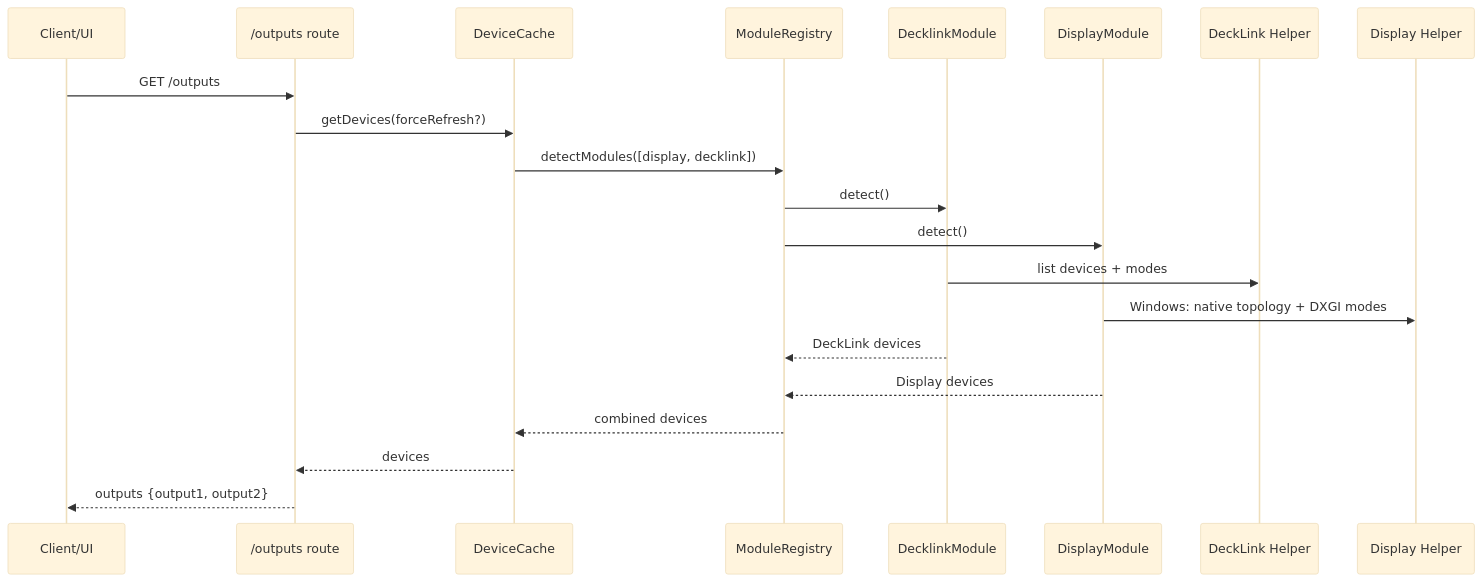
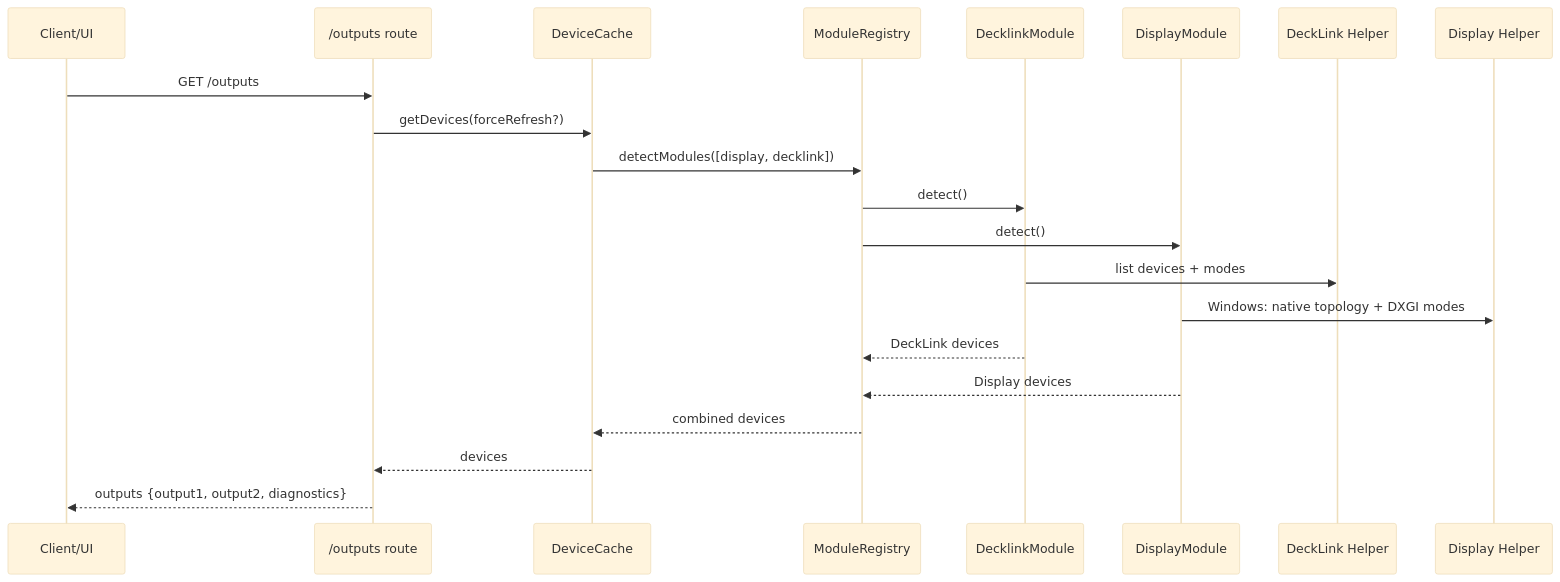
The diagram in docs/bridge/subsystems/device-discovery.md (pivotrecruiting/broadify-bridge), drawn with Mermaid (base theme) before and after one commit. The commit also changed other lines of this file and 36 other files, not shown here.

First line of the commit message:
feat(graphics): displayModeId, outputs diagnostics, detection budget, owned ports, platform capabilities

````diff
--- a/docs/bridge/subsystems/device-discovery.md
+++ b/docs/bridge/subsystems/device-discovery.md
@@ -23,24 +23,24 @@
 ```mermaid
 sequenceDiagram
   participant UI as Client/UI
   participant Outputs as /outputs route
   participant Cache as DeviceCache
   participant Registry as ModuleRegistry
   participant Decklink as DecklinkModule
   participant Display as DisplayModule
   participant DeckHelper as DeckLink Helper
   participant DisplayHelper as Display Helper
 
   UI->>Outputs: GET /outputs
   Outputs->>Cache: getDevices(forceRefresh?)
   Cache->>Registry: detectModules([display, decklink])
   Registry->>Decklink: detect()
   Registry->>Display: detect()
   Decklink->>DeckHelper: list devices + modes
   Display->>DisplayHelper: Windows: native topology + DXGI modes
   Decklink-->>Registry: DeckLink devices
   Display-->>Registry: Display devices
   Registry-->>Cache: combined devices
   Cache-->>Outputs: devices
-  Outputs-->>UI: outputs {output1, output2}
+  Outputs-->>UI: outputs {output1, output2, diagnostics}
 ```
````
